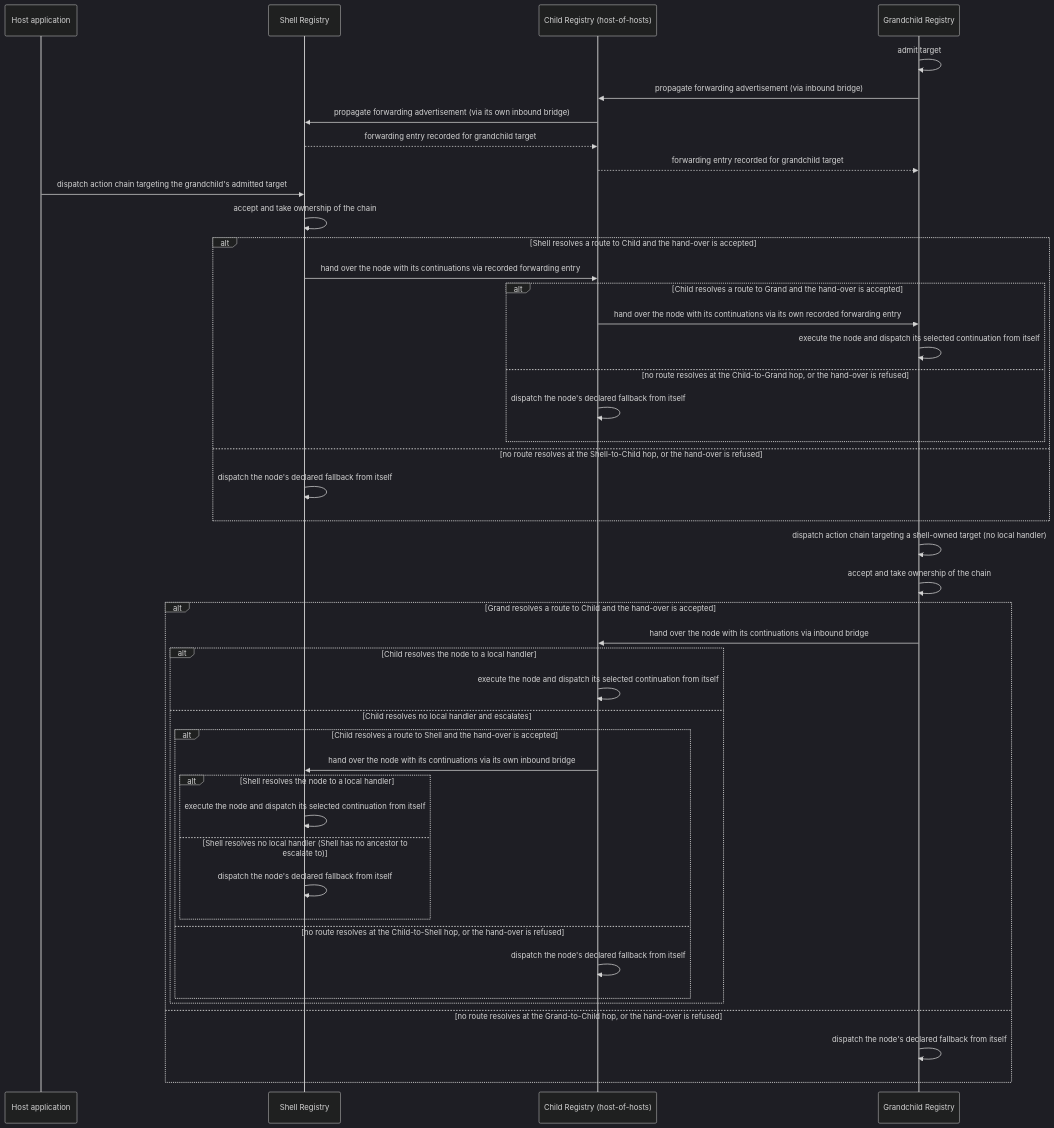
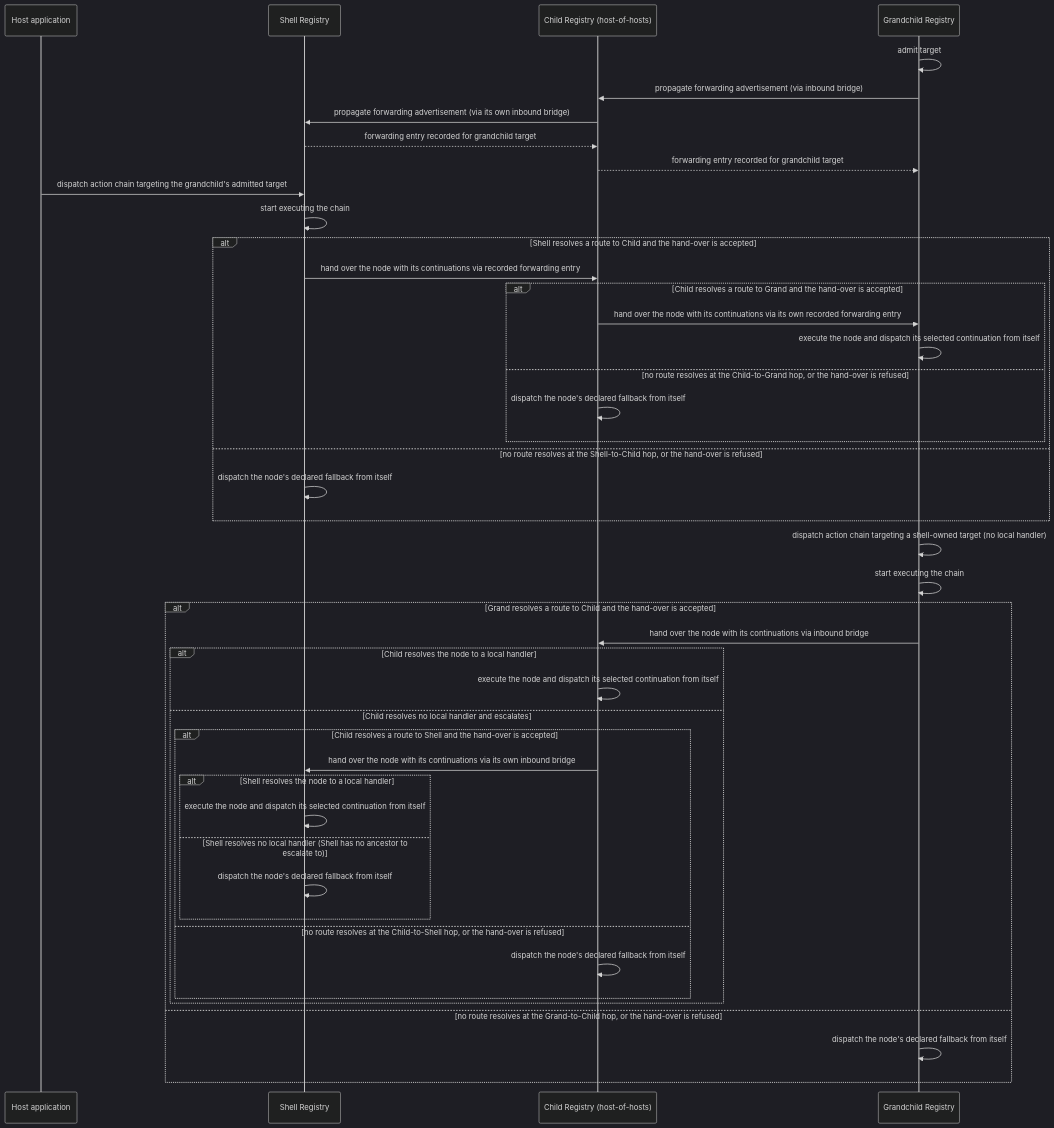
Before and after one commit to GeraBart/gears-frontx: the fourth of 4 diagrams in packages/mfes/architecture/DESIGN.md, drawn with Mermaid (dark theme). The commit also changed other lines of this file and 57 other files, not shown here.

````diff
--- a/packages/mfes/architecture/DESIGN.md
+++ b/packages/mfes/architecture/DESIGN.md
@@ -389,46 +381,46 @@
 ```mermaid
 sequenceDiagram
     participant App as Host application
     participant Shell as Shell Registry
     participant Child as Child Registry (host-of-hosts)
     participant Grand as Grandchild Registry
     Grand->>Grand: admit target
     Grand->>Child: propagate forwarding advertisement (via inbound bridge)
     Child->>Shell: propagate forwarding advertisement (via its own inbound bridge)
     Shell-->>Child: forwarding entry recorded for grandchild target
     Child-->>Grand: forwarding entry recorded for grandchild target
     App->>Shell: dispatch action chain targeting the grandchild's admitted target
-    Shell->>Shell: accept and take ownership of the chain
+    Shell->>Shell: start executing the chain
     alt Shell resolves a route to Child and the hand-over is accepted
         Shell->>Child: hand over the node with its continuations via recorded forwarding entry
         alt Child resolves a route to Grand and the hand-over is accepted
             Child->>Grand: hand over the node with its continuations via its own recorded forwarding entry
             Grand->>Grand: execute the node and dispatch its selected continuation from itself
         else no route resolves at the Child-to-Grand hop, or the hand-over is refused
             Child->>Child: dispatch the node's declared fallback from itself
         end
     else no route resolves at the Shell-to-Child hop, or the hand-over is refused
         Shell->>Shell: dispatch the node's declared fallback from itself
     end
     Grand->>Grand: dispatch action chain targeting a shell-owned target (no local handler)
-    Grand->>Grand: accept and take ownership of the chain
+    Grand->>Grand: start executing the chain
     alt Grand resolves a route to Child and the hand-over is accepted
         Grand->>Child: hand over the node with its continuations via inbound bridge
         alt Child resolves the node to a local handler
             Child->>Child: execute the node and dispatch its selected continuation from itself
         else Child resolves no local handler and escalates
             alt Child resolves a route to Shell and the hand-over is accepted
                 Child->>Shell: hand over the node with its continuations via its own inbound bridge
                 alt Shell resolves the node to a local handler
                     Shell->>Shell: execute the node and dispatch its selected continuation from itself
                 else Shell resolves no local handler (Shell has no ancestor to escalate to)
                     Shell->>Shell: dispatch the node's declared fallback from itself
                 end
             else no route resolves at the Child-to-Shell hop, or the hand-over is refused
                 Child->>Child: dispatch the node's declared fallback from itself
             end
         end
     else no route resolves at the Grand-to-Child hop, or the hand-over is refused
         Grand->>Grand: dispatch the node's declared fallback from itself
     end
 ```
````
